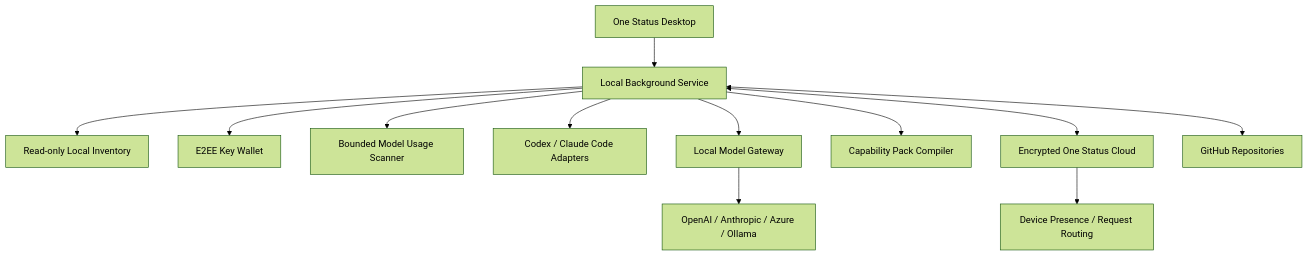
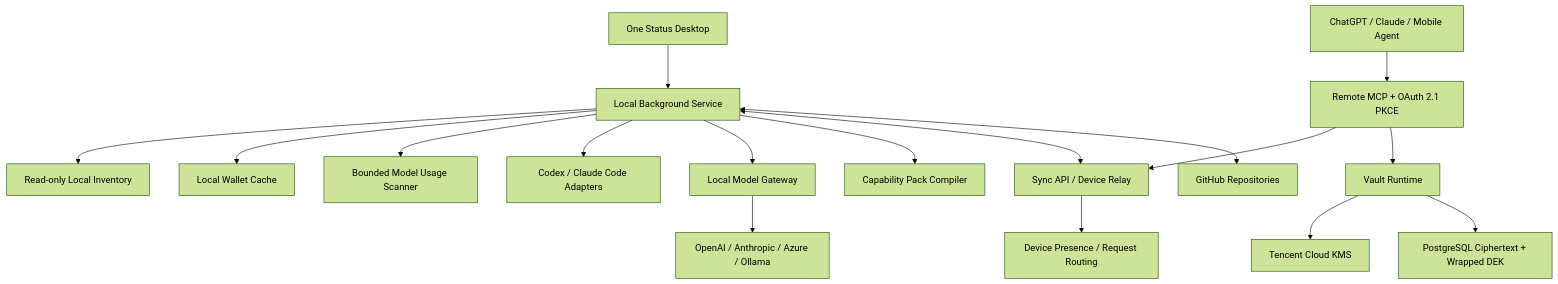
The diagram in docs/product-architecture.md (niyuxuan782/one-status), drawn with Mermaid (forest theme) before and after one commit. The commit also changed other lines of this file and 114 other files, not shown here.

Commit message:
feat: add remote MCP vault and OPAQUE authentication

````diff
--- a/docs/product-architecture.md
+++ b/docs/product-architecture.md
@@ -13,14 +13,19 @@
 ```mermaid
 flowchart TD
     Desktop["One Status Desktop"] --> Local["Local Background Service"]
     Local --> Inventory["Read-only Local Inventory"]
-    Local --> Wallet["E2EE Key Wallet"]
+    Local --> Wallet["Local Wallet Cache"]
     Local --> Usage["Bounded Model Usage Scanner"]
     Local --> Adapters["Codex / Claude Code Adapters"]
     Local --> ModelGateway["Local Model Gateway"]
     ModelGateway --> Providers["OpenAI / Anthropic / Azure / Ollama"]
     Local --> Packs["Capability Pack Compiler"]
-    Local <--> Cloud["Encrypted One Status Cloud"]
+    Local <--> Cloud["Sync API / Device Relay"]
+    Remote["ChatGPT / Claude / Mobile Agent"] --> MCP["Remote MCP + OAuth 2.1 PKCE"]
+    MCP --> Cloud
+    MCP --> Vault["Vault Runtime"]
+    Vault --> KMS["Tencent Cloud KMS"]
+    Vault --> Postgres["PostgreSQL Ciphertext + Wrapped DEK"]
     Local <--> GitHub["GitHub Repositories"]
     Cloud --> Presence["Device Presence / Request Routing"]
 ```
````
